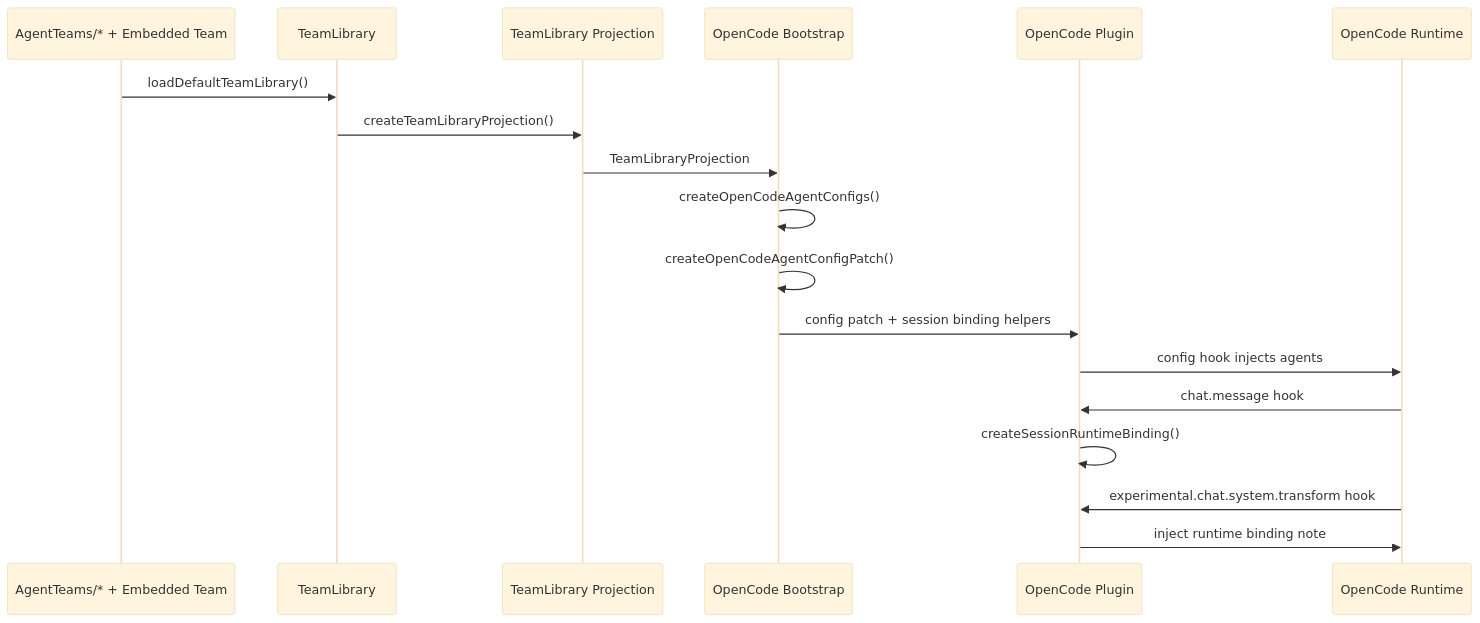
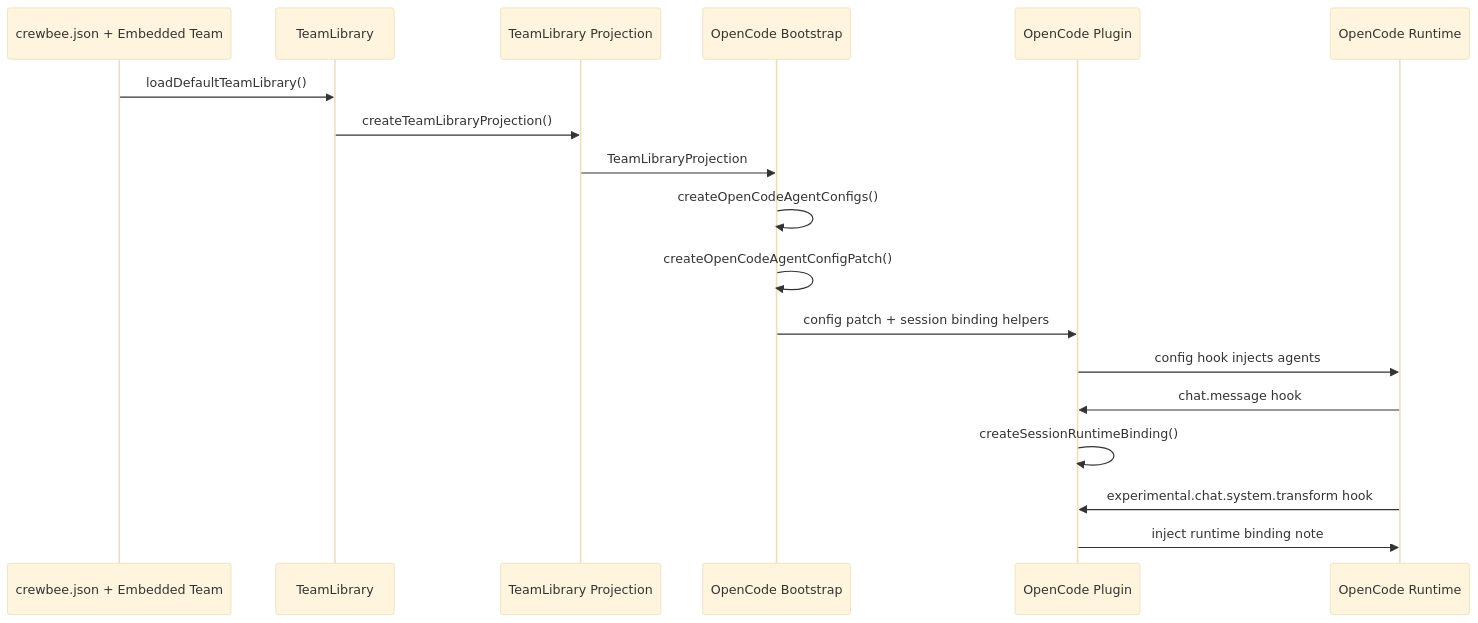
The second of 2 diagrams in docs/architecture.md (CrewBeeLab/CrewBee), drawn with Mermaid (base theme) before and after one commit. The commit also changed other lines of this file and 18 other files, not shown here.

First line of the commit message:
Add config-driven team loading and safe crewbee bootstrap

````diff
--- a/docs/architecture.md
+++ b/docs/architecture.md
@@ -213,21 +213,21 @@
 ```mermaid
 sequenceDiagram
-    participant FS as AgentTeams/* + Embedded Team
+    participant FS as crewbee.json + Embedded Team
     participant TL as TeamLibrary
     participant RT as TeamLibrary Projection
     participant BS as OpenCode Bootstrap
     participant PL as OpenCode Plugin
     participant OC as OpenCode Runtime
 
     FS->>TL: loadDefaultTeamLibrary()
     TL->>RT: createTeamLibraryProjection()
     RT->>BS: TeamLibraryProjection
     BS->>BS: createOpenCodeAgentConfigs()
     BS->>BS: createOpenCodeAgentConfigPatch()
     BS->>PL: config patch + session binding helpers
     PL->>OC: config hook injects agents
     OC->>PL: chat.message hook
     PL->>PL: createSessionRuntimeBinding()
     OC->>PL: experimental.chat.system.transform hook
     PL->>OC: inject runtime binding note
 ```
````
